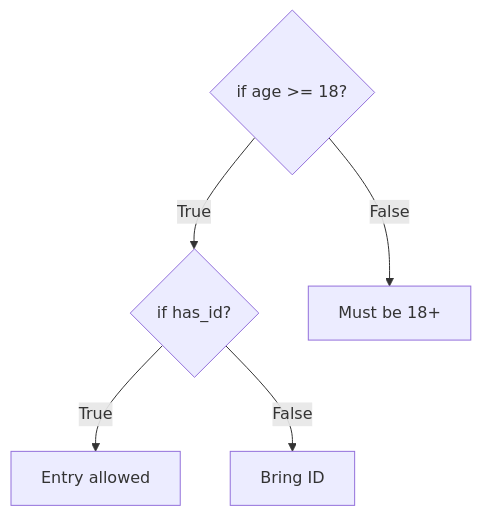
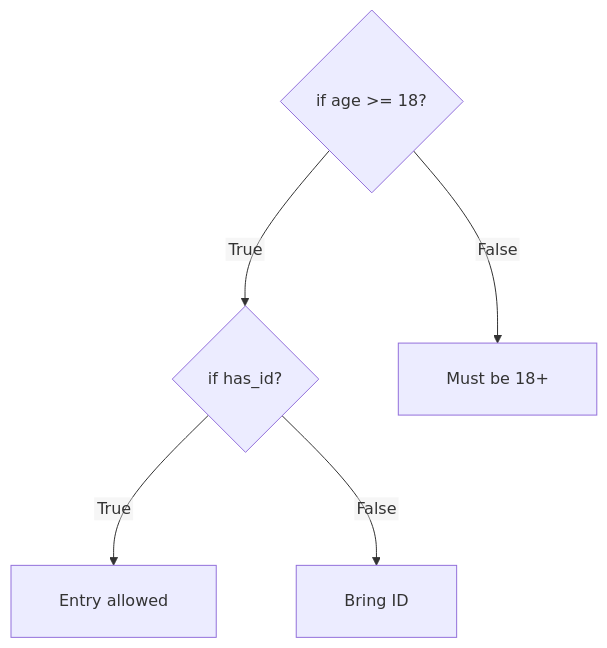
The sixth of 7 diagrams in SAL-2026/Python Basics - English/S02/NotesPresentation.md (ABVenu/salcurriculum), drawn with Mermaid before and after one commit. The commit also changed other lines of this file and 820 other files, not shown here.

````diff
--- a/SAL-2026/Python Basics - English/S02/NotesPresentation.md
+++ b/SAL-2026/Python Basics - English/S02/NotesPresentation.md
@@ -384,8 +561,9 @@
 ```mermaid
+%%{init: {"flowchart": {"htmlLabels": false, "curve": "basis", "padding": 24, "nodeSpacing": 80, "rankSpacing": 90, "diagramPadding": 48}}}%%
 flowchart TB
-    O{if age >= 18?}
-    O -->|True| I{if has_id?}
-    I -->|True| A[Entry allowed]
-    I -->|False| B[Bring ID]
-    O -->|False| C[Must be 18+]
+    O{"  if age >= 18?  "}
+    O -->|"  True  "| I{"  if has_id?  "}
+    I -->|"  True  "| A["  Entry allowed  "]
+    I -->|"  False  "| B["  Bring ID  "]
+    O -->|"  False  "| C["  Must be 18+  "]
 ```
````
